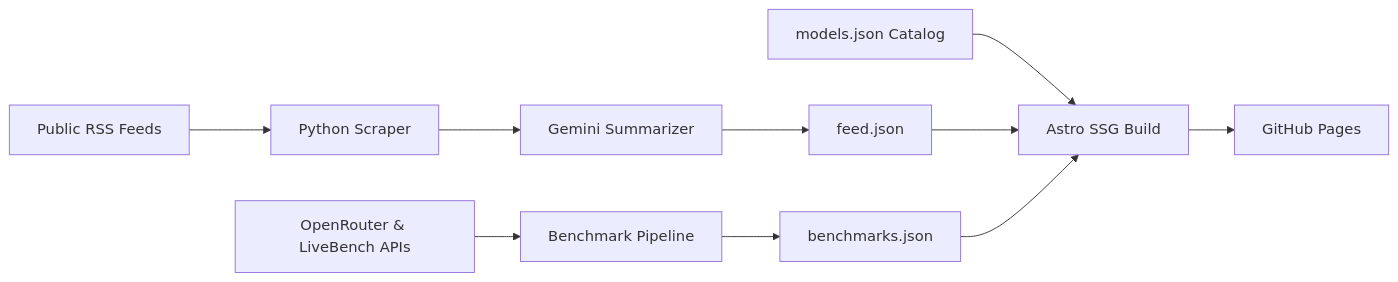
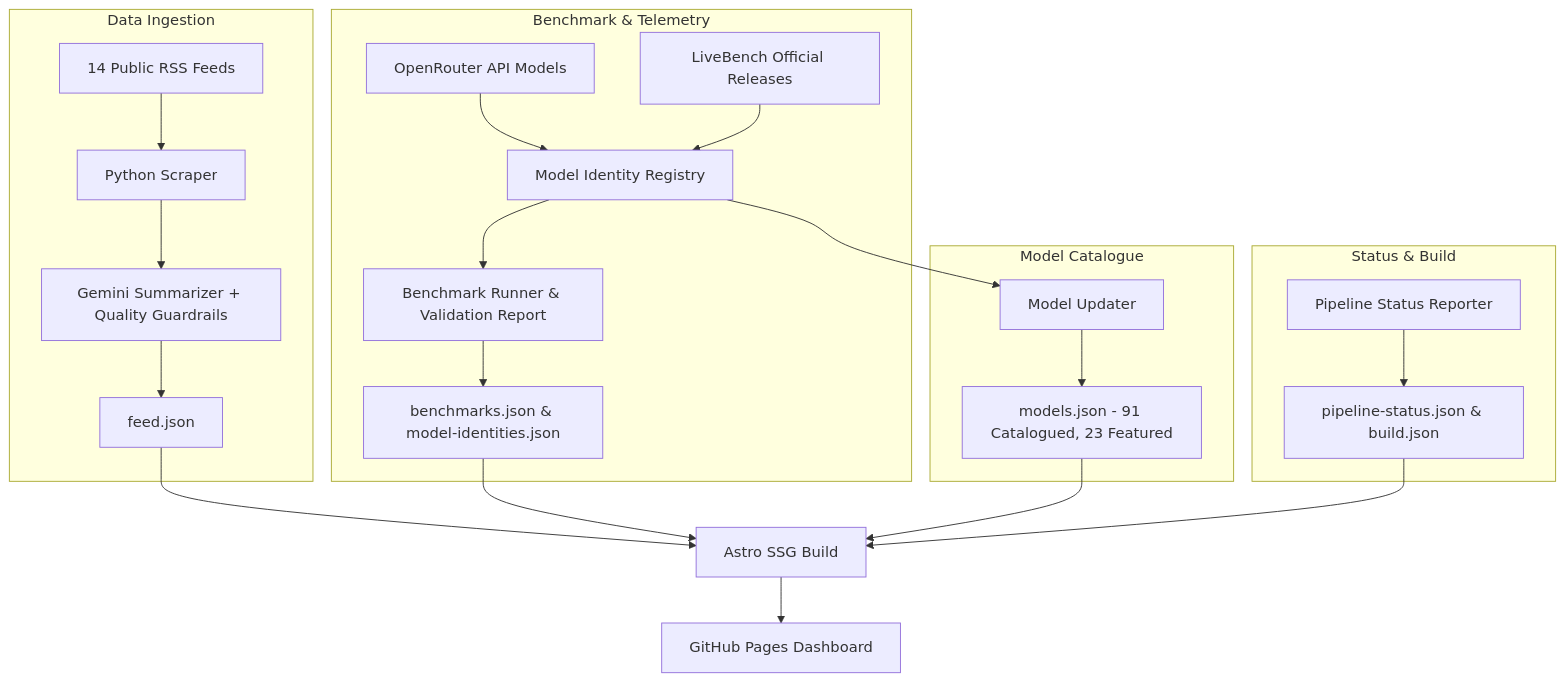
One commit to swaroophegde07/ai-pulse changed the diagram in README.md. Above: the diagram before and after it, drawn with Mermaid. The commit also changed other lines of this file and 31 other files, not shown here.

First line of the commit message:
feat: complete data pipeline, UI/UX overhaul, and feedback system

````diff
--- a/README.md
+++ b/README.md
@@ -52,14 +52,30 @@
 ```mermaid
-flowchart LR
-    A[Public RSS Feeds] --> B[Python Scraper]
-    B --> C[Gemini Summarizer]
-    C --> D[feed.json]
-    
-    G[OpenRouter & LiveBench APIs] --> H[Benchmark Pipeline]
-    H --> I[benchmarks.json]
-    
-    J[models.json Catalog] --> K[Astro SSG Build]
-    D --> K
-    I --> K
-    K --> L[GitHub Pages]
+flowchart TD
+    subgraph Data Ingestion
+        A[14 Public RSS Feeds] --> B[Python Scraper]
+        B --> C[Gemini Summarizer + Quality Guardrails]
+        C --> D[feed.json]
+    end
+
+    subgraph Benchmark & Telemetry
+        E[OpenRouter API Models] --> F[Model Identity Registry]
+        G[LiveBench Official Releases] --> F
+        F --> H[Benchmark Runner & Validation Report]
+        H --> I[benchmarks.json & model-identities.json]
+    end
+
+    subgraph Model Catalogue
+        F --> J[Model Updater]
+        J --> K[models.json - 91 Catalogued, 23 Featured]
+    end
+
+    subgraph Status & Build
+        L[Pipeline Status Reporter] --> M[pipeline-status.json & build.json]
+    end
+
+    D --> N[Astro SSG Build]
+    I --> N
+    K --> N
+    M --> N
+    N --> O[GitHub Pages Dashboard]
 ```
````
